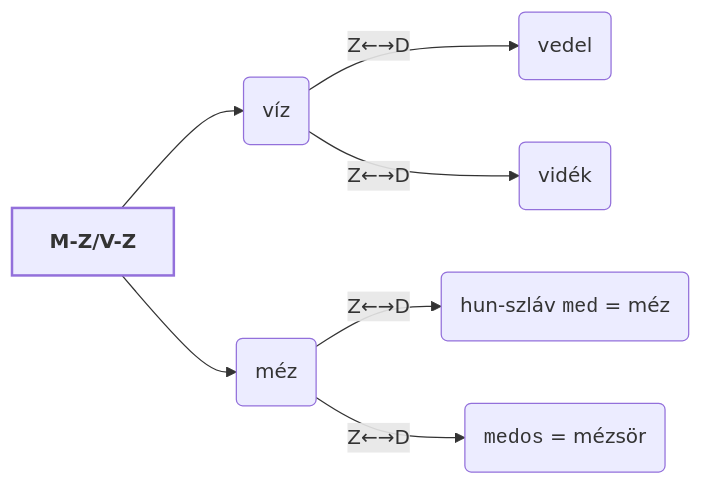
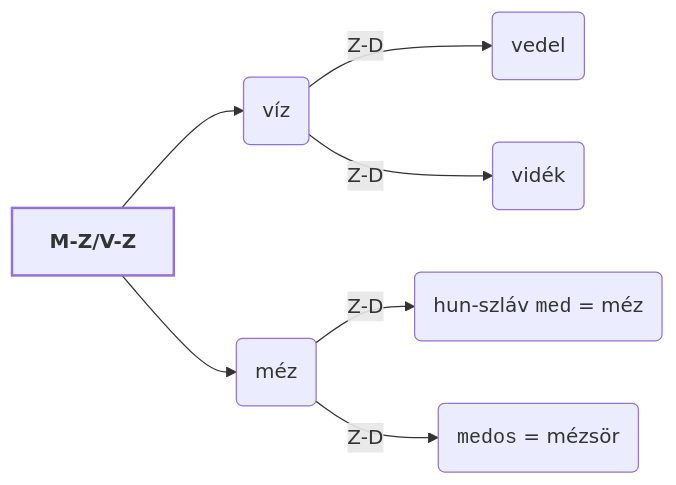
Before and after one commit to zanodor/TUDDASSTTARR: the eighth of 11 diagrams in src/site/notes/B/Balk.md, drawn with Mermaid. The commit also changed other lines of this file, not shown here.

````diff
--- a/src/site/notes/B/Balk.md
+++ b/src/site/notes/B/Balk.md
@@ -80,14 +114,17 @@
 ```mermaid
 flowchart LR
-head[<b>M-Z/V-Z</b>]
-lvl2_a("víz")
-lvl2_b("méz")
-lvl3_a("vedel")
-lvl3_b("vidék")
-lvl3_c("hun-szláv <code>med</code> = méz")
-lvl3_d("<code>medos</code> = mézsör")
-head --> lvl2_a & lvl2_b
-lvl2_a -- Z←→D -->  lvl3_a & lvl3_b
-lvl2_b -- Z←→D -->  lvl3_c & lvl3_d
-style head stroke-width:2px,stroke-dasharray: 0
+
+	head[<b>M-Z/V-Z</b>]
+	lvl2_a("víz")
+	lvl2_b("méz")
+	lvl3_a("vedel")
+	lvl3_b("vidék")
+	lvl3_c("hun-szláv <code>med</code> = méz")
+	lvl3_d("<code>medos</code> = mézsör")
+
+	head --> lvl2_a & lvl2_b
+	lvl2_a -- "Z-D" -->  lvl3_a & lvl3_b
+	lvl2_b -- "Z-D" -->  lvl3_c & lvl3_d
+
+	style head stroke-width:2px,stroke-dasharray: 0
 ```
````
